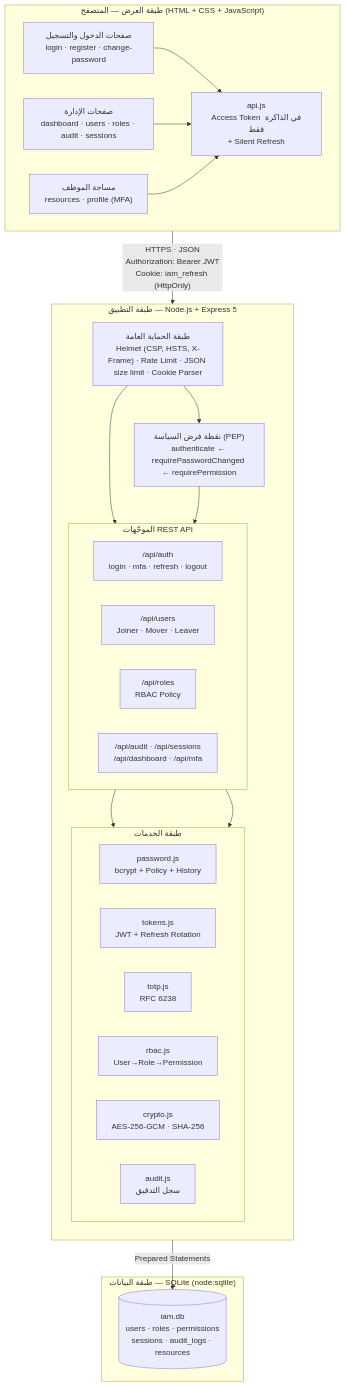
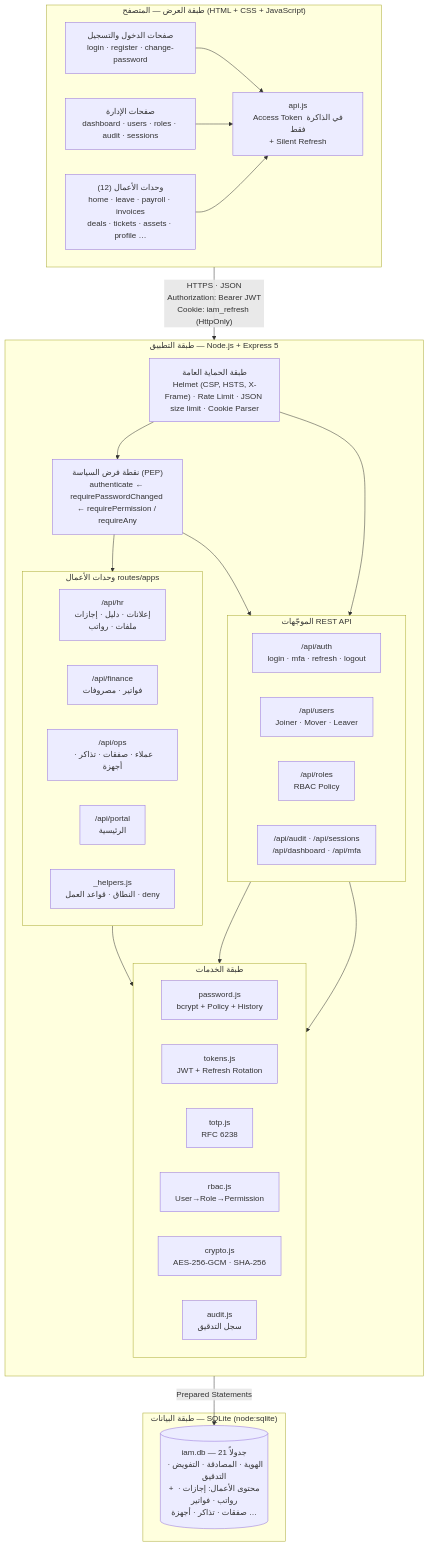
The first of 12 diagrams in docs/02-diagrams.md (blackangiliq/ameer_graduate_project), drawn with Mermaid before and after one commit. The commit also changed other lines of this file and 9 other files, not shown here.

````diff
--- a/docs/02-diagrams.md
+++ b/docs/02-diagrams.md
@@ -35,47 +36,57 @@
 ```mermaid
 flowchart TB
   subgraph CLIENT["طبقة العرض — المتصفح (HTML + CSS + JavaScript)"]
     direction LR
     P1["صفحات الدخول والتسجيل<br/>login · register · change-password"]
     P2["صفحات الإدارة<br/>dashboard · users · roles · audit · sessions"]
-    P3["مساحة الموظف<br/>resources · profile (MFA)"]
+    P3["وحدات الأعمال (12)<br/>home · leave · payroll · invoices<br/>deals · tickets · assets · profile …"]
     API["api.js<br/>Access Token في الذاكرة فقط<br/>+ Silent Refresh"]
     P1 --> API
     P2 --> API
     P3 --> API
   end
 
   API -- "HTTPS · JSON<br/>Authorization: Bearer JWT<br/>Cookie: iam_refresh (HttpOnly)" --> MW
 
   subgraph SERVER["طبقة التطبيق — Node.js + Express 5"]
     direction TB
     MW["طبقة الحماية العامة<br/>Helmet (CSP, HSTS, X-Frame) · Rate Limit · JSON size limit · Cookie Parser"]
     subgraph ROUTES["الموجّهات REST API"]
       direction LR
       R1["/api/auth<br/>login · mfa · refresh · logout"]
       R2["/api/users<br/>Joiner · Mover · Leaver"]
       R3["/api/roles<br/>RBAC Policy"]
       R4["/api/audit · /api/sessions<br/>/api/dashboard · /api/mfa"]
     end
-    PEP["نقطة فرض السياسة (PEP)<br/>authenticate ← requirePasswordChanged ← requirePermission"]
+    subgraph APPS["وحدات الأعمال routes/apps"]
+      direction LR
+      B1["/api/hr<br/>إعلانات · دليل · إجازات<br/>ملفات · رواتب"]
+      B2["/api/finance<br/>فواتير · مصروفات"]
+      B3["/api/ops<br/>عملاء · صفقات · تذاكر · أجهزة"]
+      B4["/api/portal<br/>الرئيسية"]
+      B5["_helpers.js<br/>النطاق · قواعد العمل · deny"]
+    end
+    PEP["نقطة فرض السياسة (PEP)<br/>authenticate ← requirePasswordChanged ← requirePermission / requireAny"]
     subgraph SVC["طبقة الخدمات"]
       direction LR
       S1["password.js<br/>bcrypt + Policy + History"]
       S2["tokens.js<br/>JWT + Refresh Rotation"]
       S3["totp.js<br/>RFC 6238"]
       S4["rbac.js<br/>User→Role→Permission"]
       S5["crypto.js<br/>AES-256-GCM · SHA-256"]
       S6["audit.js<br/>سجل التدقيق"]
     end
     MW --> R1
     MW --> PEP --> ROUTES
+    PEP --> APPS
     R1 --> SVC
     ROUTES --> SVC
+    APPS --> SVC
   end
 
   SVC -- "Prepared Statements" --> DB
 
   subgraph DATA["طبقة البيانات — SQLite (node:sqlite)"]
-    DB[("iam.db<br/>users · roles · permissions<br/>sessions · audit_logs · resources")]
+    DB[("iam.db — 21 جدولاً<br/>الهوية · المصادقة · التفويض · التدقيق<br/>+ محتوى الأعمال: إجازات · رواتب · فواتير<br/>صفقات · تذاكر · أجهزة …")]
   end
 ```
````
